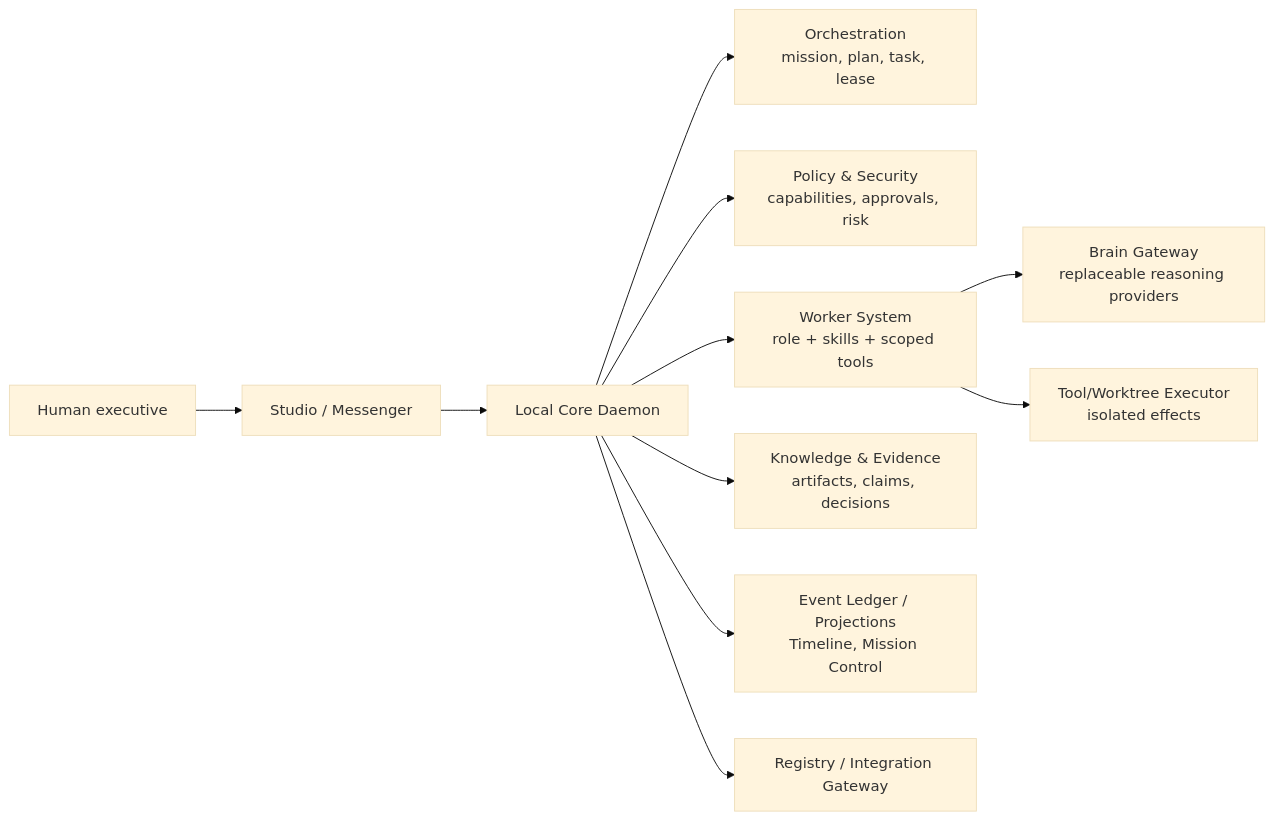
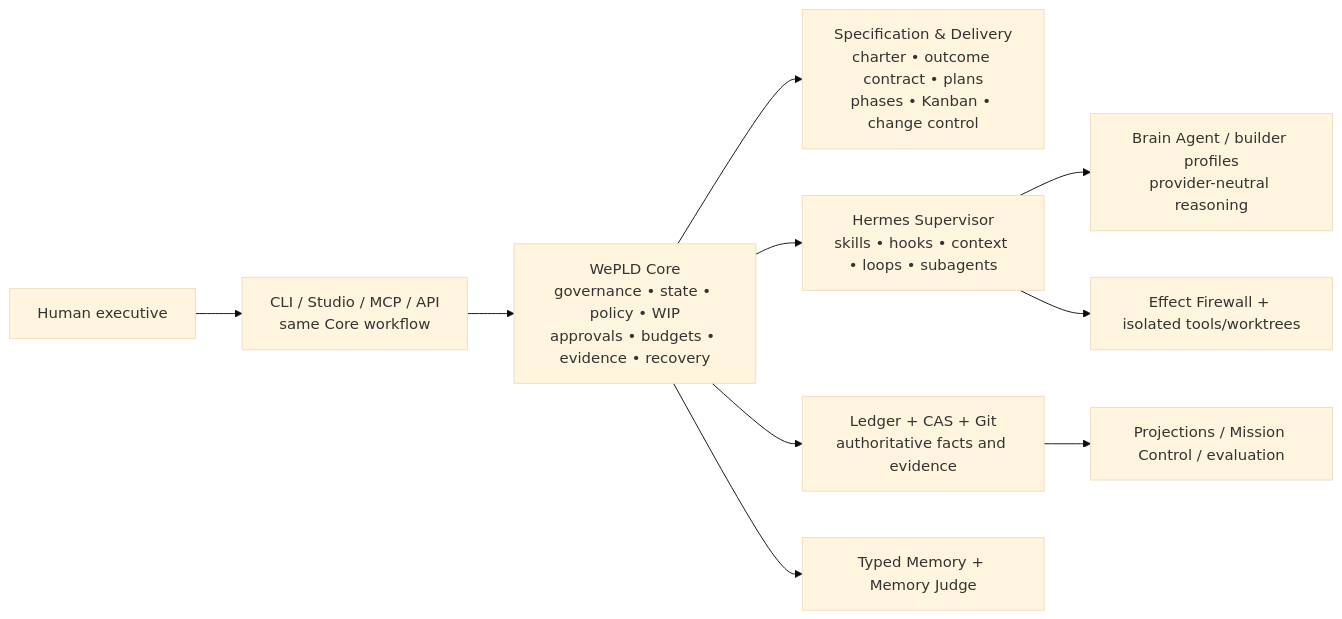
The diagram in docs/30_ARCHITECTURE_SUMMARY.md (wepld/wepld), drawn with Mermaid (base theme) before and after one commit. The commit also changed other lines of this file and 46 other files, not shown here.

Commit message:
docs: define governed delivery and Hermes intelligence roadmap

```diff
--- a/docs/30_ARCHITECTURE_SUMMARY.md
+++ b/docs/30_ARCHITECTURE_SUMMARY.md
@@ -9,13 +51,12 @@
 ~~~mermaid
 flowchart LR
-  H["Human executive"] --> S["Studio / Messenger"]
-  S --> C["Local Core Daemon"]
-  C --> O["Orchestration\nmission, plan, task, lease"]
-  C --> P["Policy & Security\ncapabilities, approvals, risk"]
-  C --> W["Worker System\nrole + skills + scoped tools"]
-  W --> B["Brain Gateway\nreplaceable reasoning providers"]
-  W --> T["Tool/Worktree Executor\nisolated effects"]
-  C --> K["Knowledge & Evidence\nartifacts, claims, decisions"]
-  C --> E["Event Ledger / Projections\nTimeline, Mission Control"]
-  C --> I["Registry / Integration Gateway"]
+  H["Human executive"] --> S["CLI / Studio / MCP / API\nsame Core workflow"]
+  S --> C["WePLD Core\ngovernance • state • policy • WIP\napprovals • budgets • evidence • recovery"]
+  C --> G["Specification & Delivery\ncharter • outcome contract • plans\nphases • Kanban • change control"]
+  C --> X["Hermes Supervisor\nskills • hooks • context • loops • subagents"]
+  X --> B["Brain Agent / builder profiles\nprovider-neutral reasoning"]
+  X --> T["Effect Firewall + isolated tools/worktrees"]
+  C --> E["Ledger + CAS + Git\nauthoritative facts and evidence"]
+  C --> M["Typed Memory + Memory Judge"]
+  E --> Q["Projections / Mission Control / evaluation"]
 ~~~
```
